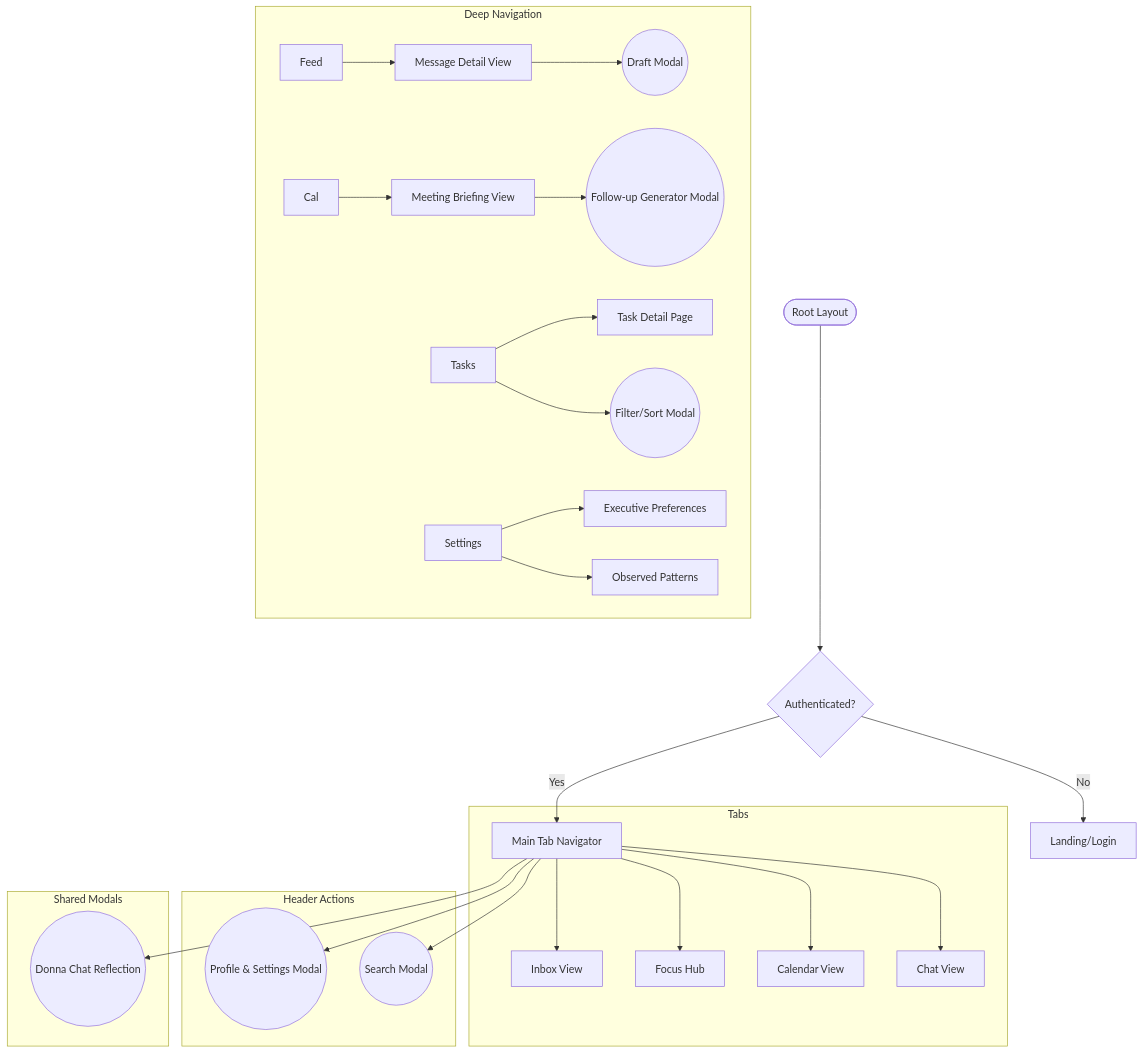
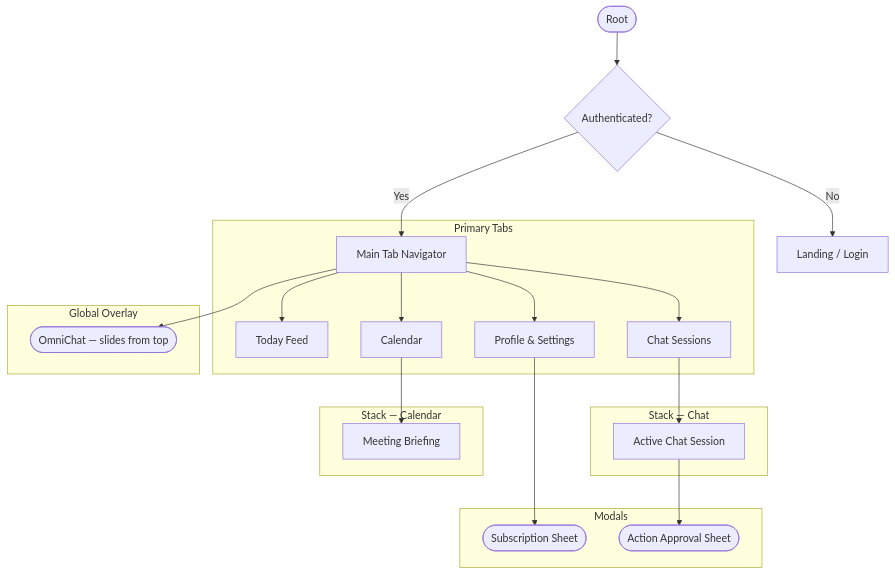
Before and after one commit to etimbukafia/assistant: the diagram in design/information_architecture.md, drawn with Mermaid. The commit also changed other lines of this file and 80 other files, not shown here.

````diff
--- a/design/information_architecture.md
+++ b/design/information_architecture.md
@@ -26,36 +31,30 @@
 ```mermaid
 graph TD
-    App([Root Layout]) --> Auth{Authenticated?}
-    Auth -- No --> Landing[Landing/Login]
-    Auth -- Yes --> Main[Main Tab Navigator]
+    App([Root]) --> Auth{Authenticated?}
+    Auth -- No --> Landing["Landing / Login"]
+    Auth -- Yes --> Tabs["Main Tab Navigator"]
 
-    subgraph Tabs
-        Main --> Inbox[Inbox View]
-        Main --> Focus[Focus Hub]
-        Main --> Schedule[Calendar View]
-        Main --> ChatTab[Chat View]
-    end
-    
-    subgraph Header Actions
-        Main --> ProfileMod((Profile & Settings Modal))
-        Main --> Search((Search Modal))
+    subgraph "Primary Tabs"
+        Tabs --> Today["Today Feed"]
+        Tabs --> Chats["Chat Sessions"]
+        Tabs --> Calendar["Calendar"]
+        Tabs --> Profile["Profile & Settings"]
     end
 
-    subgraph Deep Navigation
-        Feed --> MessageDetail[Message Detail View]
-        MessageDetail --> DraftView((Draft Modal))
-        
-        Cal --> MeetingBrief[Meeting Briefing View]
-        MeetingBrief --> FollowUpMod((Follow-up Generator Modal))
-        
-        Tasks --> TaskDetail[Task Detail Page]
-        Tasks --> FilterMod((Filter/Sort Modal))
-        
-        Settings --> PrefView[Executive Preferences]
-        Settings --> PatternView[Observed Patterns]
+    subgraph "Stack — Chat"
+        Chats --> Session["Active Chat Session"]
     end
 
-    subgraph Shared Modals
-        Main --> Chat((Donna Chat Reflection))
+    subgraph "Stack — Calendar"
+        Calendar --> Brief["Meeting Briefing"]
+    end
+
+    subgraph "Global Overlay"
+        Tabs --> OmniChat(["OmniChat — slides from top"])
+    end
+
+    subgraph "Modals"
+        Profile --> Subscription(["Subscription Sheet"])
+        Session --> ActionCard(["Action Approval Sheet"])
     end
 ```
````
